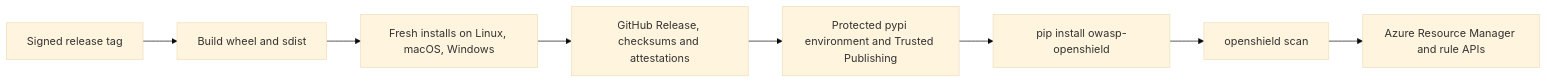
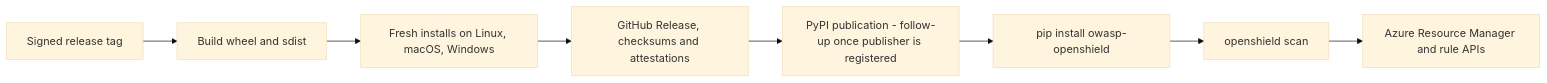
One commit to OWASP/openshield changed the diagram in docs/cli.md. Above: the diagram before and after it, drawn with Mermaid (base theme). The commit also changed other lines of this file and 3 other files, not shown here.

````diff
--- a/docs/cli.md
+++ b/docs/cli.md
@@ -75,10 +74,10 @@
 ```mermaid
 flowchart LR
   Tag[Signed release tag] --> Build[Build wheel and sdist]
   Build --> Verify[Fresh installs on Linux, macOS, Windows]
   Verify --> GitHub[GitHub Release, checksums and attestations]
-  GitHub --> PyPI[Protected pypi environment and Trusted Publishing]
+  GitHub --> PyPI[PyPI publication - follow-up once publisher is registered]
   PyPI --> Consumer[pip install owasp-openshield]
   Consumer --> CLI[openshield scan]
   CLI --> Azure[Azure Resource Manager and rule APIs]
 ```
````
